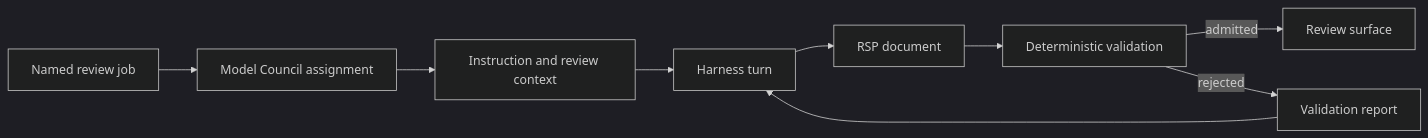
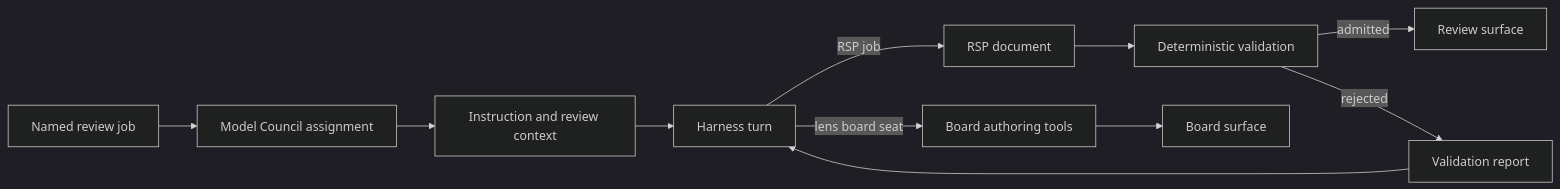
One commit to rbutera/Rennet changed the first of 3 diagrams in docs/developing/concepts/surfacing-and-routing.md. Above: the diagram before and after it, drawn with Mermaid (dark theme). The commit also changed other lines of this file and 10 other files, not shown here.

````diff
--- a/docs/developing/concepts/surfacing-and-routing.md
+++ b/docs/developing/concepts/surfacing-and-routing.md
@@ -12,11 +17,13 @@
 ```mermaid
 flowchart LR
   job[Named review job] --> council[Model Council assignment]
   council --> prompt[Instruction and review context]
   prompt --> harness[Harness turn]
-  harness --> document[RSP document]
+  harness -->|RSP job| document[RSP document]
   document --> validate[Deterministic validation]
   validate -->|admitted| surface[Review surface]
   validate -->|rejected| report[Validation report]
   report --> harness
+  harness -->|lens board seat| tools[Board authoring tools]
+  tools --> board[Board surface]
 ```
````
